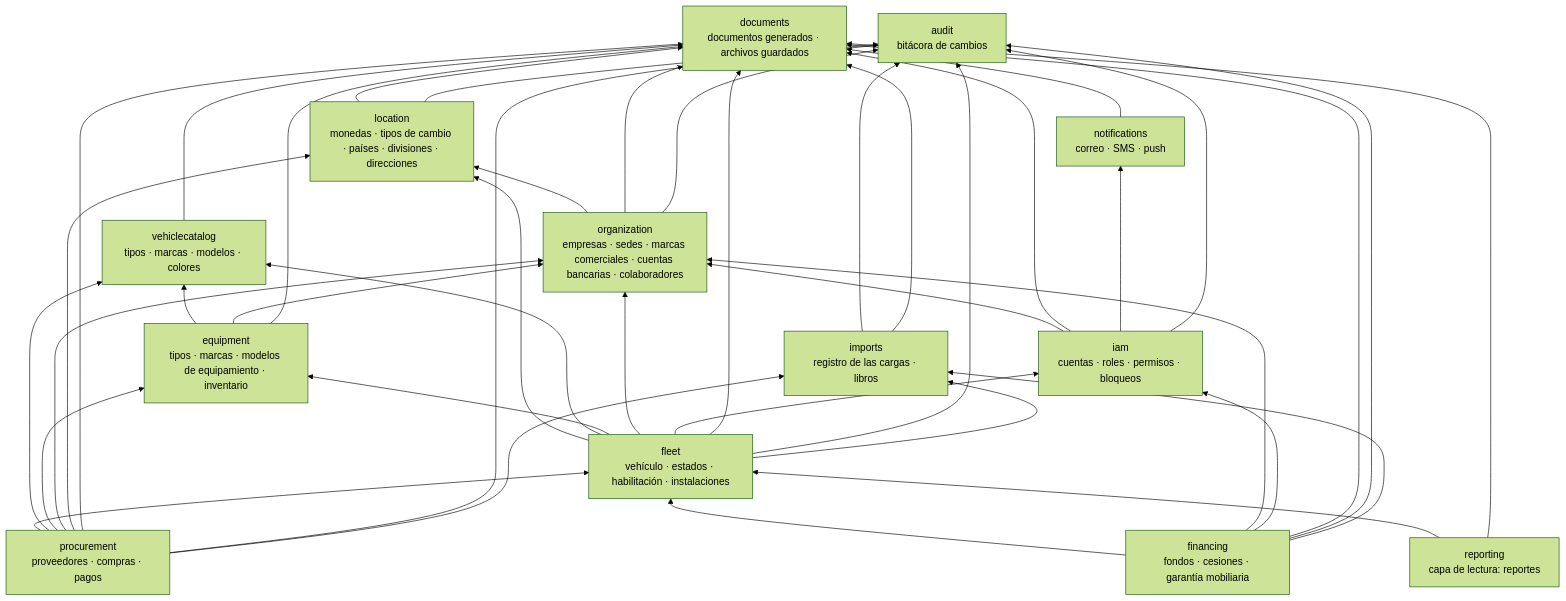
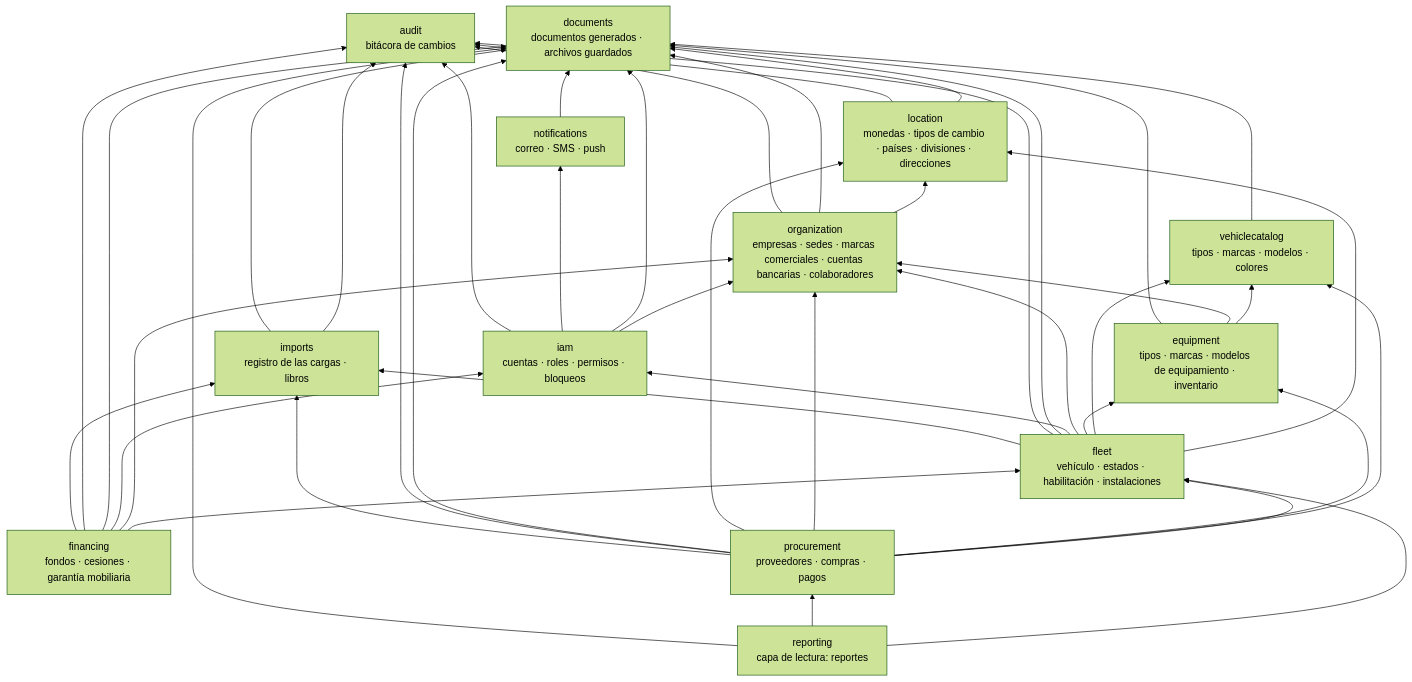
Before and after one commit to erp-millennium-mobility-sac/erp-millennium-mobility-documentation: the diagram in mapa-de-contextos-millennium-mobility.md, drawn with Mermaid (forest theme). The commit also changed other lines of this file and 8 other files, not shown here.

````diff
--- a/mapa-de-contextos-millennium-mobility.md
+++ b/mapa-de-contextos-millennium-mobility.md
@@ -100,57 +100,58 @@
 ```mermaid
 flowchart BT
   docs["documents<br/>documentos generados · archivos guardados"]
   notif["notifications<br/>correo · SMS · push"]
   audit["audit<br/>bitácora de cambios"]
   imports["imports<br/>registro de las cargas · libros"]
   location["location<br/>monedas · tipos de cambio · países · divisiones · direcciones"]
   catalog["vehiclecatalog<br/>tipos · marcas · modelos · colores"]
   equip["equipment<br/>tipos · marcas · modelos de equipamiento · inventario"]
   org["organization<br/>empresas · sedes · marcas comerciales · cuentas bancarias · colaboradores"]
   iam["iam<br/>cuentas · roles · permisos · bloqueos"]
   fleet["fleet<br/>vehículo · estados · habilitación · instalaciones"]
   fin["financing<br/>fondos · cesiones · garantía mobiliaria"]
   proc["procurement<br/>proveedores · compras · pagos"]
   reporting["reporting<br/>capa de lectura: reportes"]
 
   location --> docs
   location --> audit
   catalog --> docs
   equip --> catalog
   equip --> org
   equip --> docs
   notif --> docs
   imports --> audit
   imports --> docs
   org --> location
   org --> docs
   org --> audit
   iam --> org
   iam --> docs
   iam --> notif
   iam --> audit
   fleet --> location
   fleet --> catalog
   fleet --> equip
   fleet --> org
   fleet --> iam
   fleet --> docs
   fleet --> audit
   fleet --> imports
   fin --> fleet
   fin --> org
   fin --> iam
   fin --> docs
   fin --> audit
   fin --> imports
   proc --> fleet
   proc --> catalog
   proc --> equip
   proc --> org
   proc --> location
   proc --> docs
   proc --> audit
   proc --> imports
   reporting --> fleet
+  reporting --> proc
   reporting --> docs
 ```
````
